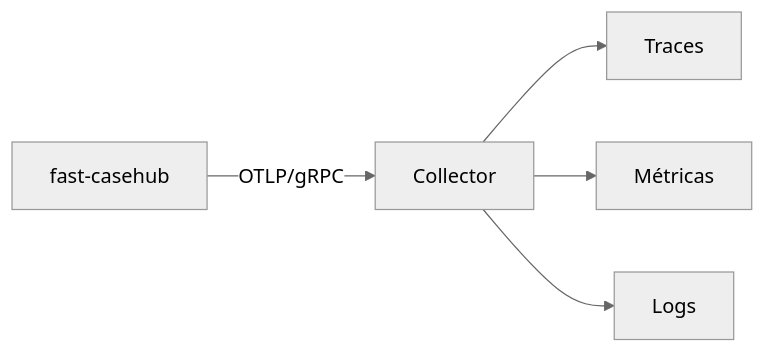
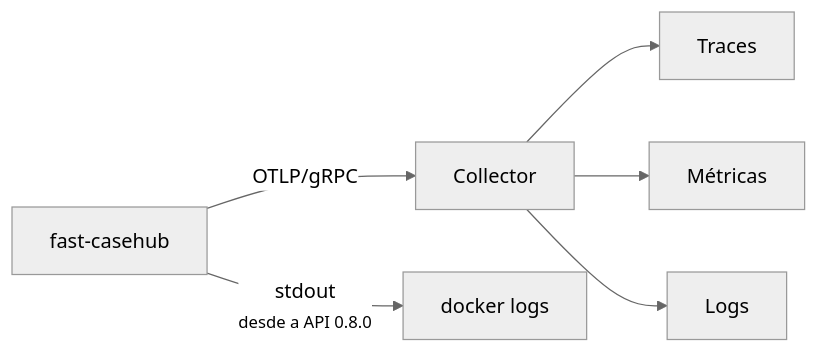
One commit to MatheusLPolidoro/docs-casehub changed the diagram in docs/operacao/observabilidade.md. Above: the diagram before and after it, drawn with Mermaid (neutral theme). The commit also changed other lines of this file and 19 other files, not shown here.

````diff
--- a/docs/operacao/observabilidade.md
+++ b/docs/operacao/observabilidade.md
@@ -7,7 +7,8 @@
 ```mermaid
 flowchart LR
     A["fast-casehub"] -->|OTLP/gRPC| C["Collector"]
     C --> T["Traces"]
     C --> M["Métricas"]
     C --> L["Logs"]
+    A -->|"stdout<br/><small>desde a API 0.8.0</small>"| S["docker logs"]
 ```
````
